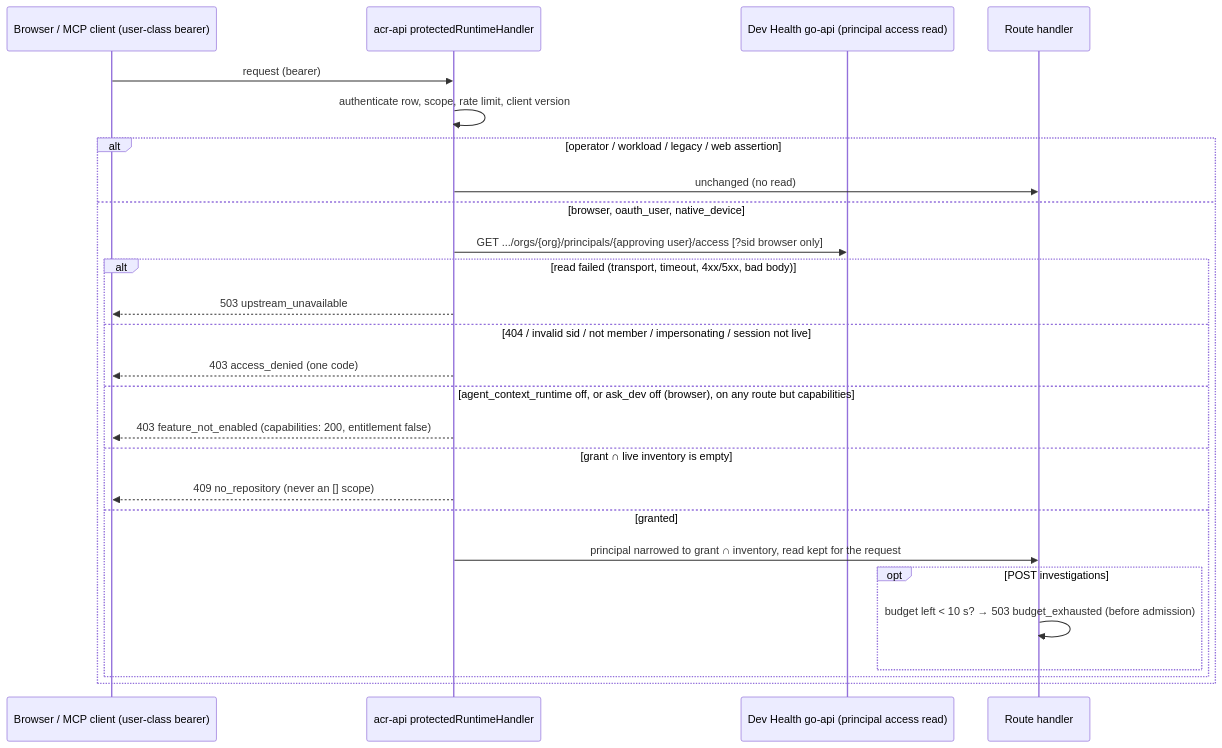
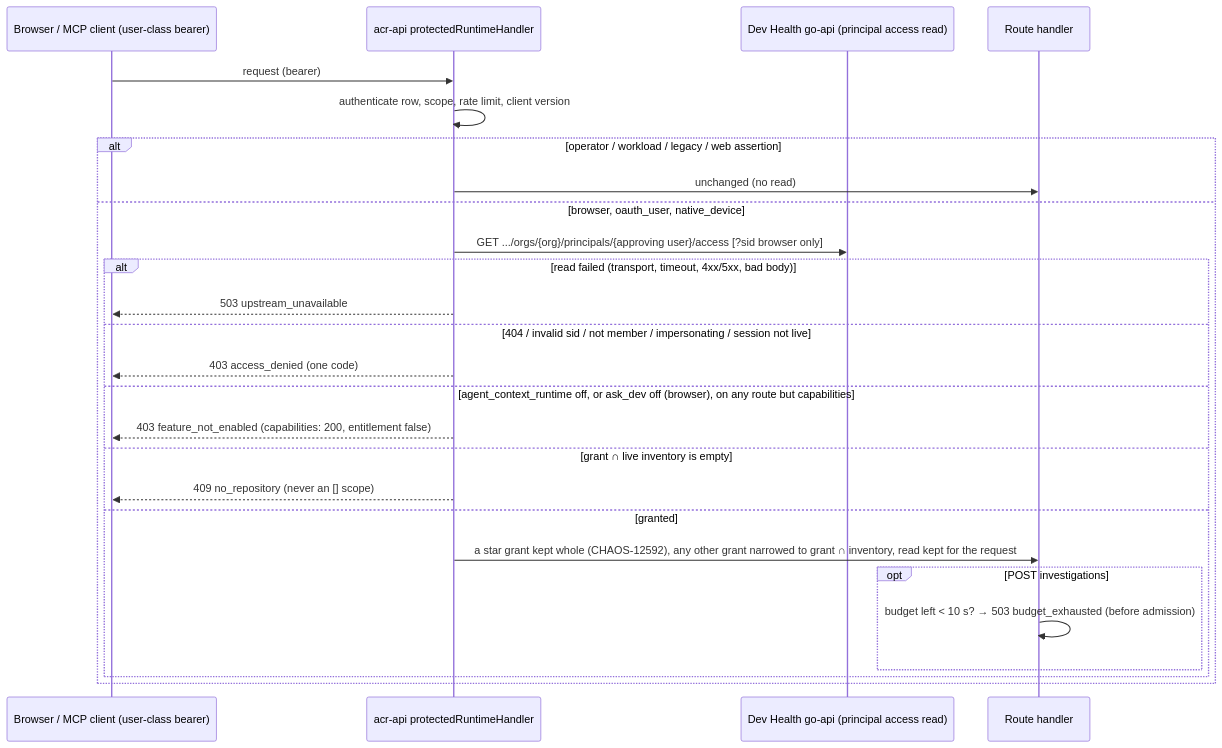
Diagram 38 of 39 in docs/design/context-fabric-architecture-diagrams.md (full-chaos/dev-health-acr), drawn with Mermaid before and after one commit. The commit also changed other lines of this file and 19 other files, not shown here.

First line of the commit message:
fix(api): CHAOS-12592 keep a web user's star grant org-wide (#1941)

````diff
--- a/docs/design/context-fabric-architecture-diagrams.md
+++ b/docs/design/context-fabric-architecture-diagrams.md
@@ -4112,29 +4114,29 @@
 ```mermaid
 sequenceDiagram
   participant C as Browser / MCP client (user-class bearer)
   participant A as acr-api protectedRuntimeHandler
   participant O as Dev Health go-api (principal access read)
   participant H as Route handler
 
   C->>A: request (bearer)
   A->>A: authenticate row, scope, rate limit, client version
   alt operator / workload / legacy / web assertion
     A->>H: unchanged (no read)
   else browser, oauth_user, native_device
     A->>O: GET .../orgs/{org}/principals/{approving user}/access [?sid browser only]
     alt read failed (transport, timeout, 4xx/5xx, bad body)
       A-->>C: 503 upstream_unavailable
     else 404 / invalid sid / not member / impersonating / session not live
       A-->>C: 403 access_denied (one code)
     else agent_context_runtime off, or ask_dev off (browser), on any route but capabilities
       A-->>C: 403 feature_not_enabled (capabilities: 200, entitlement false)
     else grant ∩ live inventory is empty
       A-->>C: 409 no_repository (never an [] scope)
     else granted
-      A->>H: principal narrowed to grant ∩ inventory, read kept for the request
+      A->>H: a star grant kept whole (CHAOS-12592), any other grant narrowed to grant ∩ inventory, read kept for the request
       opt POST investigations
         H->>H: budget left < 10 s? → 503 budget_exhausted (before admission)
       end
     end
   end
 ```
````
